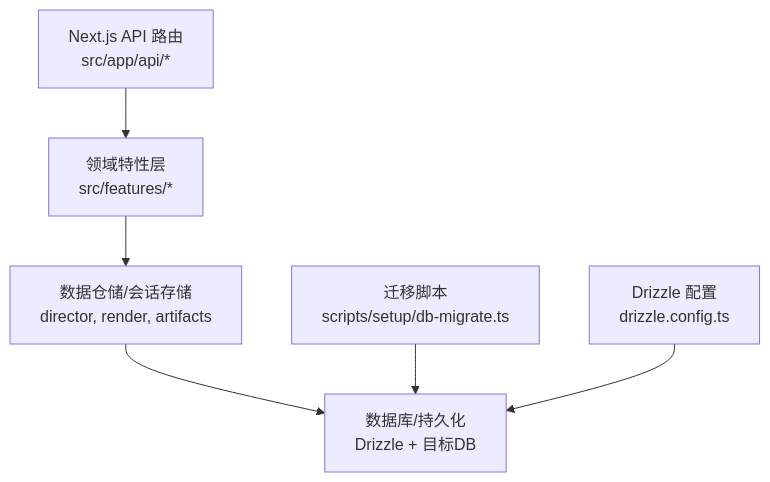
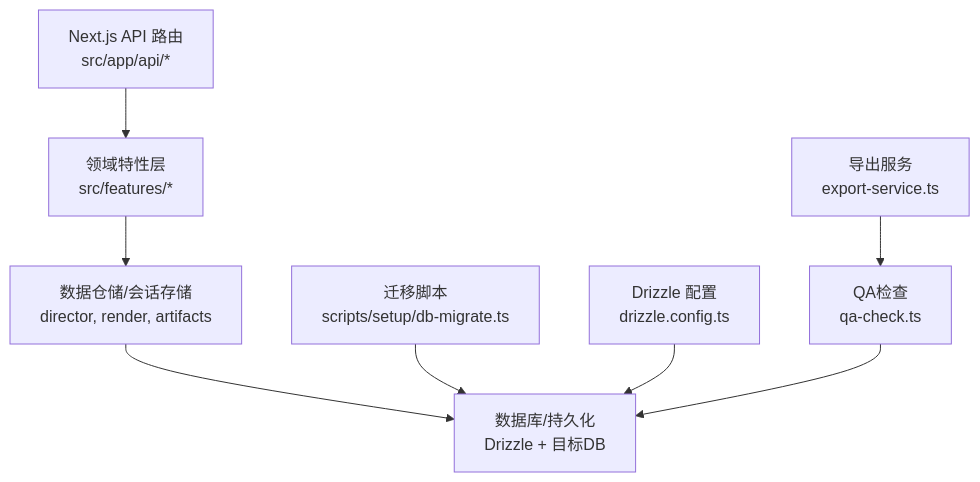
The first of 6 diagrams in .qoder/repowiki/zh/content/数据库设计.md (AIMFllyYS/code-video-canvas), drawn with Mermaid before and after one commit. The commit also changed other lines of this file and 7 other files, not shown here.

````diff
--- a/.qoder/repowiki/zh/content/数据库设计.md
+++ b/.qoder/repowiki/zh/content/数据库设计.md
@@ -51,8 +60,10 @@
 ```mermaid
 graph TB
 A["Next.js API 路由<br/>src/app/api/*"] --> B["领域特性层<br/>src/features/*"]
 B --> C["数据仓储/会话存储<br/>director, render, artifacts"]
 C --> D["数据库/持久化<br/>Drizzle + 目标DB"]
 E["迁移脚本<br/>scripts/setup/db-migrate.ts"] --> D
 F["Drizzle 配置<br/>drizzle.config.ts"] --> D
+G["导出服务<br/>export-service.ts"] --> H["QA检查<br/>qa-check.ts"]
+H --> D
 ```
````
